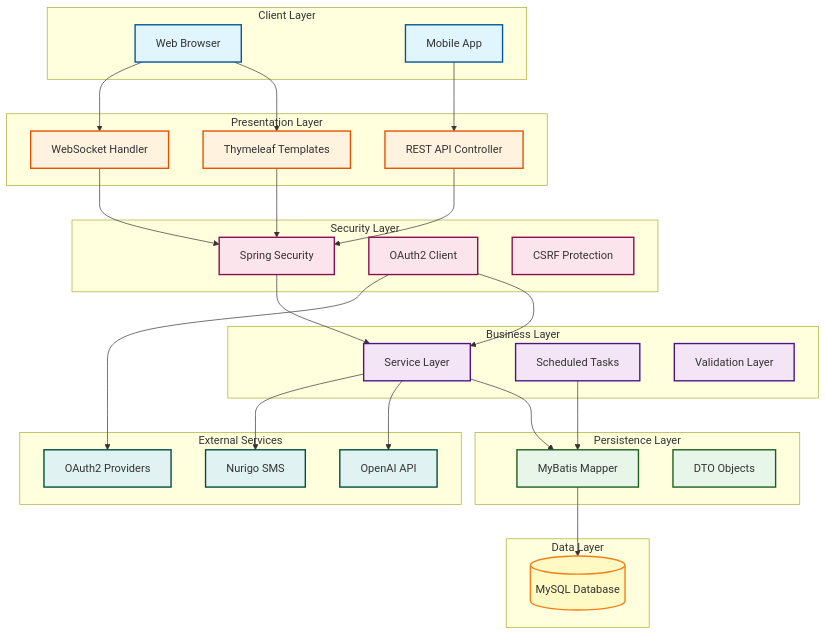
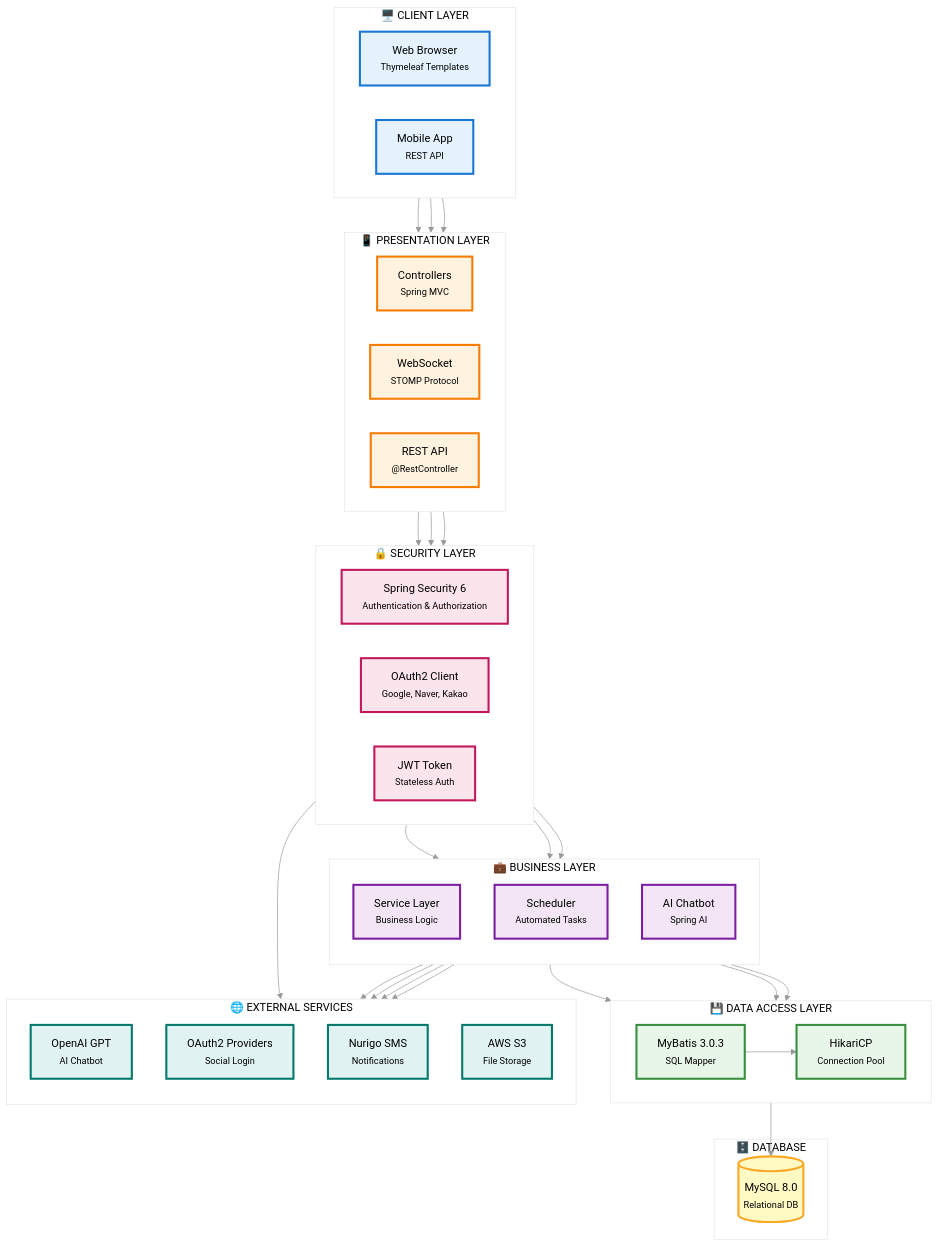
The diagram in README.md (wjdgkr3386/Neighbus), drawn with Mermaid before and after one commit. The commit also changed other lines of this file, not shown here.

````diff
--- a/README.md
+++ b/README.md
@@ -228,76 +228,89 @@
 ```mermaid
-graph TB
-    subgraph Client["Client Layer"]
-        Browser[Web Browser]
-        Mobile[Mobile App]
+%%{init: {'theme':'base', 'themeVariables': { 'primaryColor':'#f5f5f5','primaryTextColor':'#333','primaryBorderColor':'#666','lineColor':'#999','secondaryColor':'#e8e8e8','tertiaryColor':'#fff'}}}%%
+flowchart TB
+    subgraph Client["🖥️ CLIENT LAYER"]
+        direction LR
+        Browser["Web Browser<br/><small>Thymeleaf Templates</small>"]
+        Mobile["Mobile App<br/><small>REST API</small>"]
     end
 
-    subgraph Presentation["Presentation Layer"]
-        Thymeleaf[Thymeleaf Templates]
-        RestAPI[REST API Controller]
-        WebSocket[WebSocket Handler]
+    subgraph Presentation["📱 PRESENTATION LAYER"]
+        direction LR
+        Controller["Controllers<br/><small>Spring MVC</small>"]
+        WebSocket["WebSocket<br/><small>STOMP Protocol</small>"]
+        RestAPI["REST API<br/><small>@RestController</small>"]
     end
 
-    subgraph Security["Security Layer"]
-        SpringSecurity[Spring Security]
-        OAuth2[OAuth2 Client]
-        CSRF[CSRF Protection]
+    subgraph Security["🔒 SECURITY LAYER"]
+        direction LR
+        SpringSec["Spring Security 6<br/><small>Authentication & Authorization</small>"]
+        OAuth2["OAuth2 Client<br/><small>Google, Naver, Kakao</small>"]
+        JWT["JWT Token<br/><small>Stateless Auth</small>"]
     end
 
-    subgraph Business["Business Layer"]
-        Service[Service Layer]
-        Scheduler[Scheduled Tasks]
-        Validator[Validation Layer]
+    subgraph Business["💼 BUSINESS LAYER"]
+        direction TB
+        Service["Service Layer<br/><small>Business Logic</small>"]
+        Scheduler["Scheduler<br/><small>Automated Tasks</small>"]
+        Chatbot["AI Chatbot<br/><small>Spring AI</small>"]
     end
 
-    subgraph Persistence["Persistence Layer"]
-        MyBatis[MyBatis Mapper]
-        DTO[DTO Objects]
+    subgraph Data["💾 DATA ACCESS LAYER"]
+        direction LR
+        MyBatis["MyBatis 3.0.3<br/><small>SQL Mapper</small>"]
+        HikariCP["HikariCP<br/><small>Connection Pool</small>"]
     end
 
-    subgraph Data["Data Layer"]
-        MySQL[(MySQL Database)]
+    subgraph Database["🗄️ DATABASE"]
+        MySQL[("MySQL 8.0<br/><small>Relational DB</small>")]
     end
 
-    subgraph External["External Services"]
-        OpenAI[OpenAI API]
-        OAuth2Provider[OAuth2 Providers]
-        Nurigo[Nurigo SMS]
+    subgraph External["🌐 EXTERNAL SERVICES"]
+        direction TB
+        OpenAI["OpenAI GPT<br/><small>AI Chatbot</small>"]
+        OAuth2Providers["OAuth2 Providers<br/><small>Social Login</small>"]
+        Nurigo["Nurigo SMS<br/><small>Notifications</small>"]
+        S3["AWS S3<br/><small>File Storage</small>"]
     end
 
-    Browser --> Thymeleaf
+    Browser --> Controller
     Mobile --> RestAPI
     Browser --> WebSocket
 
-    Thymeleaf --> SpringSecurity
-    RestAPI --> SpringSecurity
-    WebSocket --> SpringSecurity
+    Controller --> SpringSec
+    RestAPI --> SpringSec
+    WebSocket --> SpringSec
 
-    SpringSecurity --> Service
+    SpringSec --> Service
     OAuth2 --> Service
+    JWT --> Service
 
     Service --> MyBatis
     Scheduler --> MyBatis
+    Chatbot --> MyBatis
 
-    MyBatis --> MySQL
+    MyBatis --> HikariCP
+    HikariCP --> MySQL
 
     Service --> OpenAI
-    OAuth2 --> OAuth2Provider
+    Chatbot --> OpenAI
+    OAuth2 --> OAuth2Providers
     Service --> Nurigo
+    Service --> S3
 
-    classDef client fill:#e1f5ff,stroke:#01579b,stroke-width:2px
-    classDef presentation fill:#fff3e0,stroke:#e65100,stroke-width:2px
-    classDef security fill:#fce4ec,stroke:#880e4f,stroke-width:2px
-    classDef business fill:#f3e5f5,stroke:#4a148c,stroke-width:2px
-    classDef persistence fill:#e8f5e9,stroke:#1b5e20,stroke-width:2px
-    classDef data fill:#fff9c4,stroke:#f57f17,stroke-width:2px
-    classDef external fill:#e0f2f1,stroke:#004d40,stroke-width:2px
+    classDef clientStyle fill:#E3F2FD,stroke:#1976D2,stroke-width:3px,color:#000
+    classDef presentationStyle fill:#FFF3E0,stroke:#F57C00,stroke-width:3px,color:#000
+    classDef securityStyle fill:#FCE4EC,stroke:#C2185B,stroke-width:3px,color:#000
+    classDef businessStyle fill:#F3E5F5,stroke:#7B1FA2,stroke-width:3px,color:#000
+    classDef dataStyle fill:#E8F5E9,stroke:#388E3C,stroke-width:3px,color:#000
+    classDef dbStyle fill:#FFF9C4,stroke:#F9A825,stroke-width:3px,color:#000
+    classDef externalStyle fill:#E0F2F1,stroke:#00796B,stroke-width:3px,color:#000
 
-    class Browser,Mobile client
-    class Thymeleaf,RestAPI,WebSocket presentation
-    class SpringSecurity,OAuth2,CSRF security
-    class Service,Scheduler,Validator business
-    class MyBatis,DTO persistence
-    class MySQL data
-    class OpenAI,OAuth2Provider,Nurigo external
+    class Browser,Mobile clientStyle
+    class Controller,WebSocket,RestAPI presentationStyle
+    class SpringSec,OAuth2,JWT securityStyle
+    class Service,Scheduler,Chatbot businessStyle
+    class MyBatis,HikariCP dataStyle
+    class MySQL dbStyle
+    class OpenAI,OAuth2Providers,Nurigo,S3 externalStyle
 ```
````
